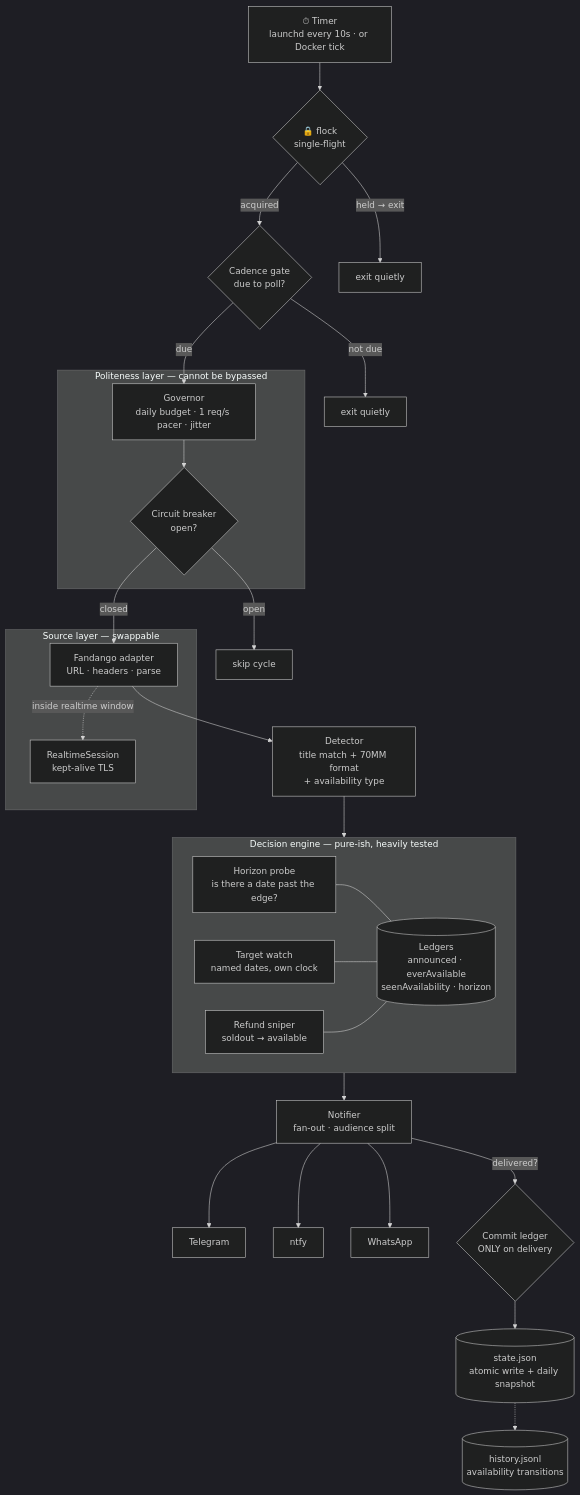
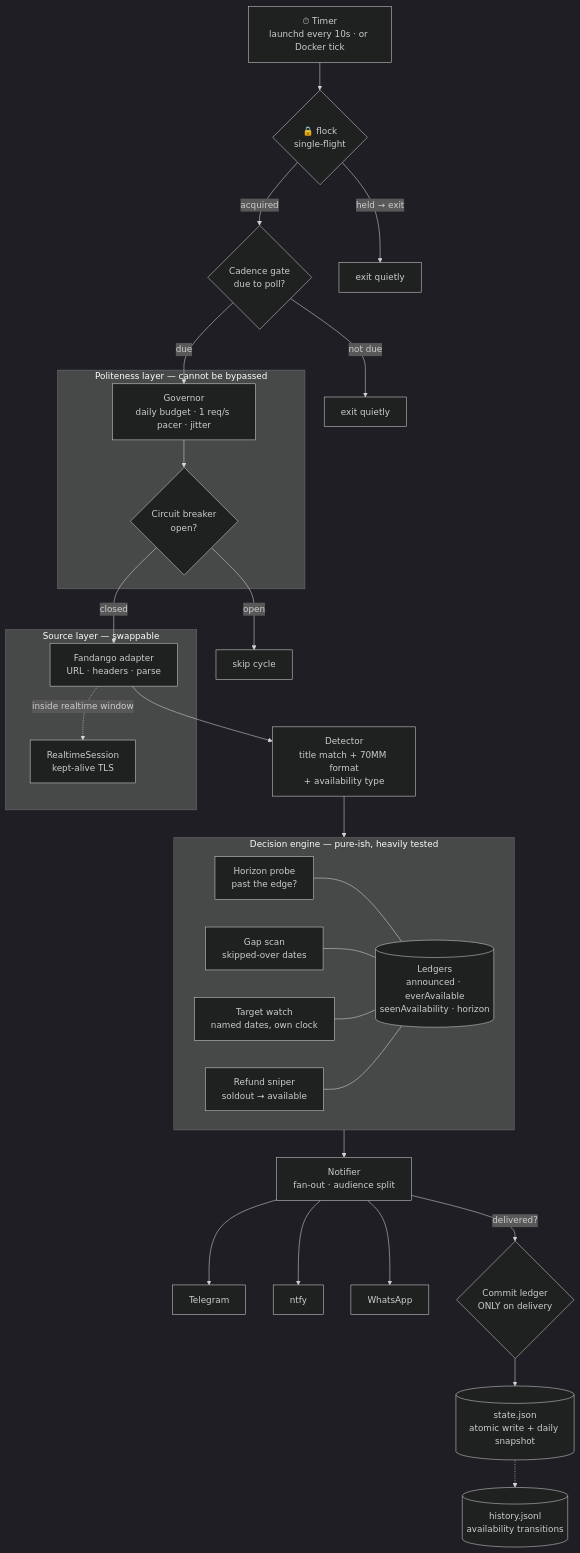
The first of 8 diagrams in docs/ARCHITECTURE.md (brianyaneats/70mm-sentry), drawn with Mermaid (dark theme) before and after one commit. The commit also changed other lines of this file and 4 other files, not shown here.

First line of the commit message:
Close the horizon probe's blind spot with a gap scan

````diff
--- a/docs/ARCHITECTURE.md
+++ b/docs/ARCHITECTURE.md
@@ -25,48 +25,50 @@
 ```mermaid
 flowchart TD
     TIMER["⏱ Timer<br/>launchd every 10s · or Docker tick"]
     LOCK{"🔒 flock<br/>single-flight"}
     GATE{"Cadence gate<br/>due to poll?"}
     TIMER --> LOCK
     LOCK -->|"held → exit"| DONE1["exit quietly"]
     LOCK -->|"acquired"| GATE
     GATE -->|"not due"| DONE2["exit quietly"]
     GATE -->|"due"| GOV
 
     subgraph POLITE ["Politeness layer — cannot be bypassed"]
         GOV["Governor<br/>daily budget · 1 req/s pacer · jitter"]
         BREAK{"Circuit breaker<br/>open?"}
         GOV --> BREAK
     end
 
     BREAK -->|"open"| DONE3["skip cycle"]
     BREAK -->|"closed"| ADAPT
 
     subgraph SOURCE ["Source layer — swappable"]
         ADAPT["Fandango adapter<br/>URL · headers · parse"]
         SESS["RealtimeSession<br/>kept-alive TLS"]
         ADAPT -.->|"inside realtime window"| SESS
     end
 
     ADAPT --> DETECT["Detector<br/>title match + 70MM format<br/>+ availability type"]
     DETECT --> ENGINE
 
     subgraph ENGINE ["Decision engine — pure-ish, heavily tested"]
-        PROBE["Horizon probe<br/>is there a date past the edge?"]
+        PROBE["Horizon probe<br/>past the edge?"]
+        GAP["Gap scan<br/>skipped-over dates"]
         TARGET["Target watch<br/>named dates, own clock"]
         RESTOCK["Refund sniper<br/>soldout → available"]
         LEDGER[("Ledgers<br/>announced · everAvailable<br/>seenAvailability · horizon")]
         PROBE --- LEDGER
+        GAP --- LEDGER
         TARGET --- LEDGER
         RESTOCK --- LEDGER
     end
 
     ENGINE --> NOTIFY["Notifier<br/>fan-out · audience split"]
     NOTIFY --> TG["Telegram"]
     NOTIFY --> NTFY["ntfy"]
     NOTIFY --> WA["WhatsApp"]
     NOTIFY -->|"delivered?"| COMMIT{"Commit ledger<br/>ONLY on delivery"}
     COMMIT --> STATE[("state.json<br/>atomic write + daily snapshot")]
 
     STATE -.-> HIST[("history.jsonl<br/>availability transitions")]
 ```
````
